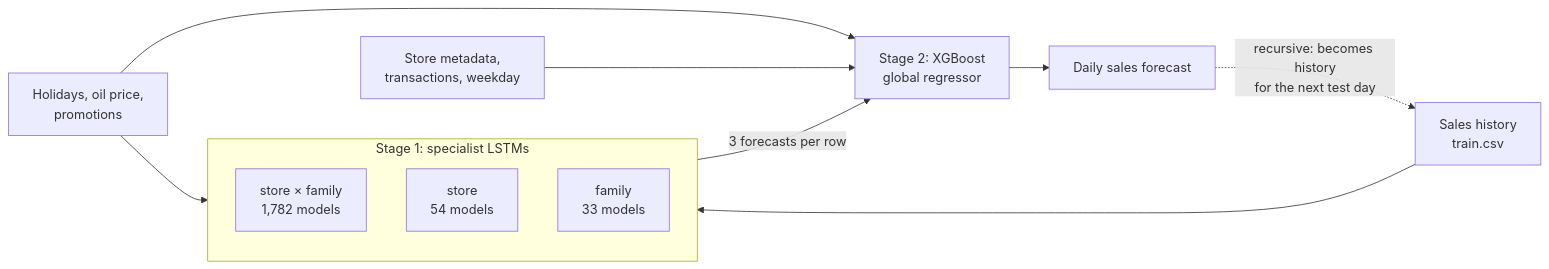
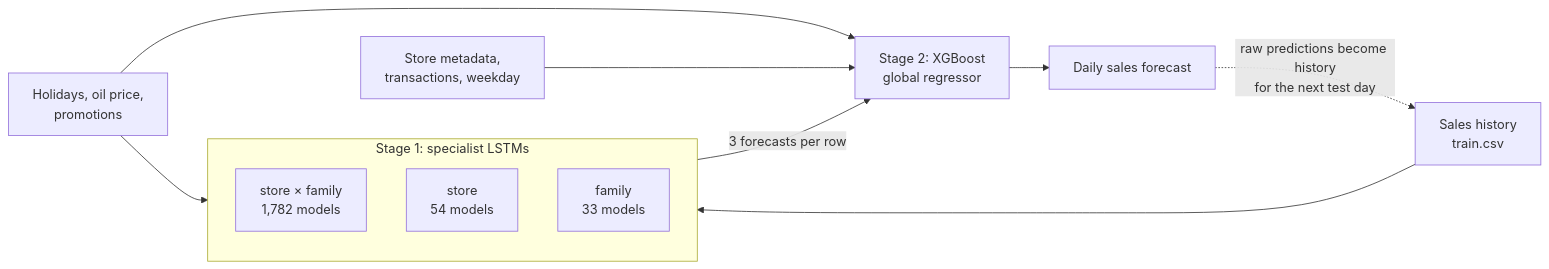
The diagram in README.md (Zak3211/lstm_xgboost_time_series_forecasting), drawn with Mermaid before and after one commit. The commit also changed other lines of this file and 2 other files, not shown here.

````diff
--- a/README.md
+++ b/README.md
@@ -9,24 +9,24 @@
 ```mermaid
 flowchart LR
     HIST["Sales history<br/>train.csv"]
     EXO["Holidays, oil price,<br/>promotions"]
     META["Store metadata,<br/>transactions, weekday"]
 
     subgraph stage1["Stage 1: specialist LSTMs"]
         direction TB
         L1["store × family<br/>1,782 models"]
         L2["store<br/>54 models"]
         L3["family<br/>33 models"]
     end
 
     XGB["Stage 2: XGBoost<br/>global regressor"]
     P["Daily sales forecast"]
 
     HIST --> stage1
     EXO --> stage1
     stage1 -- "3 forecasts per row" --> XGB
     EXO --> XGB
     META --> XGB
     XGB --> P
-    P -. "recursive: becomes history<br/>for the next test day" .-> HIST
+    P -. "raw predictions become history<br/>for the next test day" .-> HIST
 ```
````
